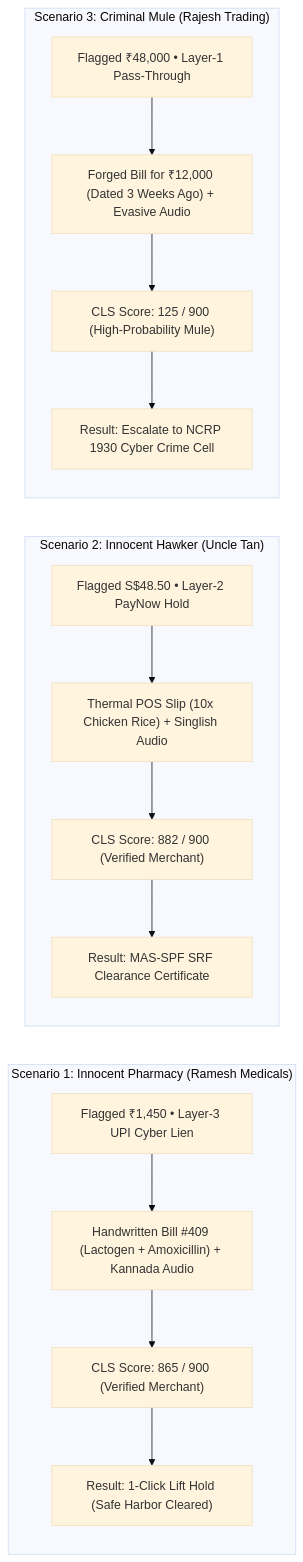
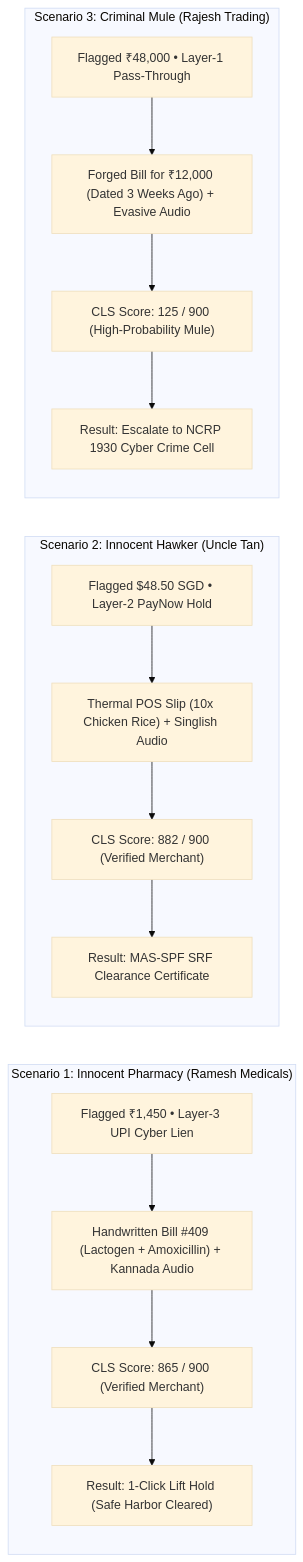
One commit to shreyasshettyb/nexusclear-pramaan-ai changed the second of 2 diagrams in README.md. Above: the diagram before and after it, drawn with Mermaid (base theme). The commit also changed other lines of this file and 7 other files, not shown here.

````diff
--- a/README.md
+++ b/README.md
@@ -154,29 +154,29 @@
 ```mermaid
 flowchart LR
     subgraph Scenario1["Scenario 1: Innocent Pharmacy (Ramesh Medicals)"]
         direction TB
         S1_Txn["Flagged ₹1,450 • Layer-3 UPI Cyber Lien"]
         S1_Proof["Handwritten Bill #409 (Lactogen + Amoxicillin) + Kannada Audio"]
         S1_Score["CLS Score: 865 / 900 (Verified Merchant)"]
         S1_Action["Result: 1-Click Lift Hold (Safe Harbor Cleared)"]
         S1_Txn --> S1_Proof --> S1_Score --> S1_Action
     end
 
     subgraph Scenario2["Scenario 2: Innocent Hawker (Uncle Tan)"]
         direction TB
-        S2_Txn["Flagged S$48.50 • Layer-2 PayNow Hold"]
+        S2_Txn["Flagged $48.50 SGD • Layer-2 PayNow Hold"]
         S2_Proof["Thermal POS Slip (10x Chicken Rice) + Singlish Audio"]
         S2_Score["CLS Score: 882 / 900 (Verified Merchant)"]
         S2_Action["Result: MAS-SPF SRF Clearance Certificate"]
         S2_Txn --> S2_Proof --> S2_Score --> S2_Action
     end
 
     subgraph Scenario3["Scenario 3: Criminal Mule (Rajesh Trading)"]
         direction TB
         S3_Txn["Flagged ₹48,000 • Layer-1 Pass-Through"]
         S3_Proof["Forged Bill for ₹12,000 (Dated 3 Weeks Ago) + Evasive Audio"]
         S3_Score["CLS Score: 125 / 900 (High-Probability Mule)"]
         S3_Action["Result: Escalate to NCRP 1930 Cyber Crime Cell"]
         S3_Txn --> S3_Proof --> S3_Score --> S3_Action
     end
 ```
````
